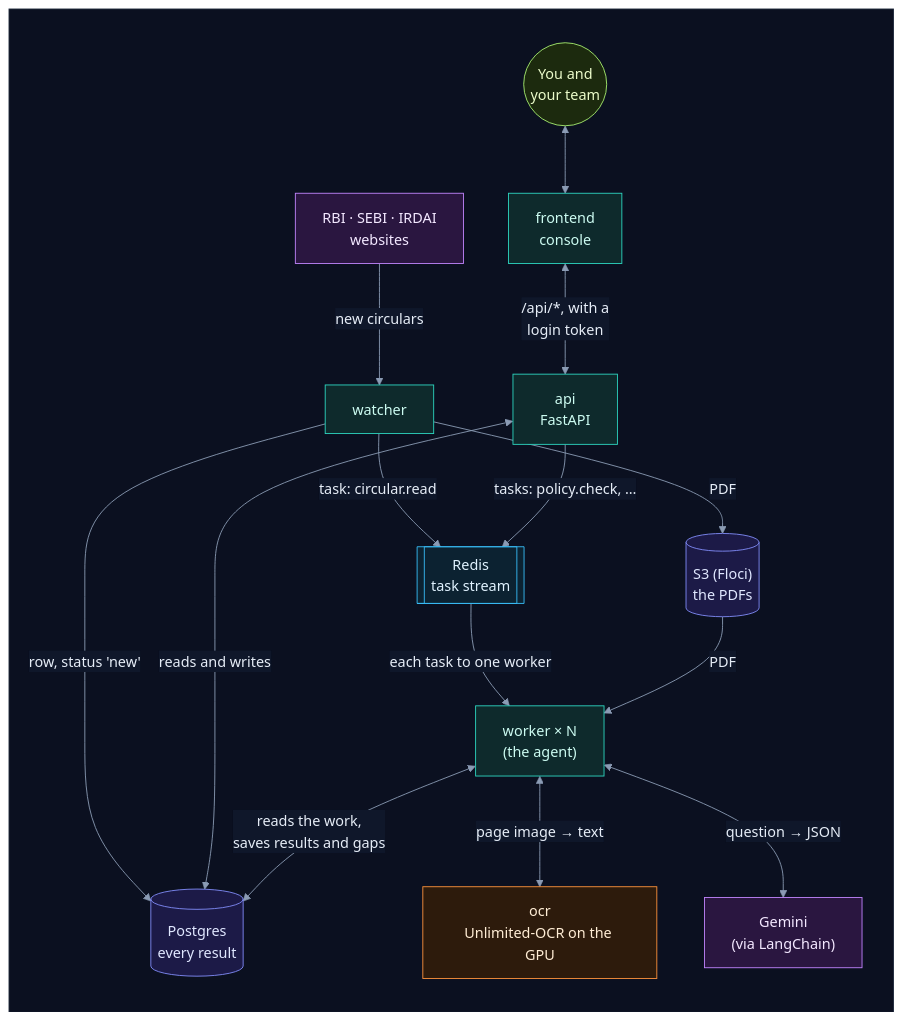
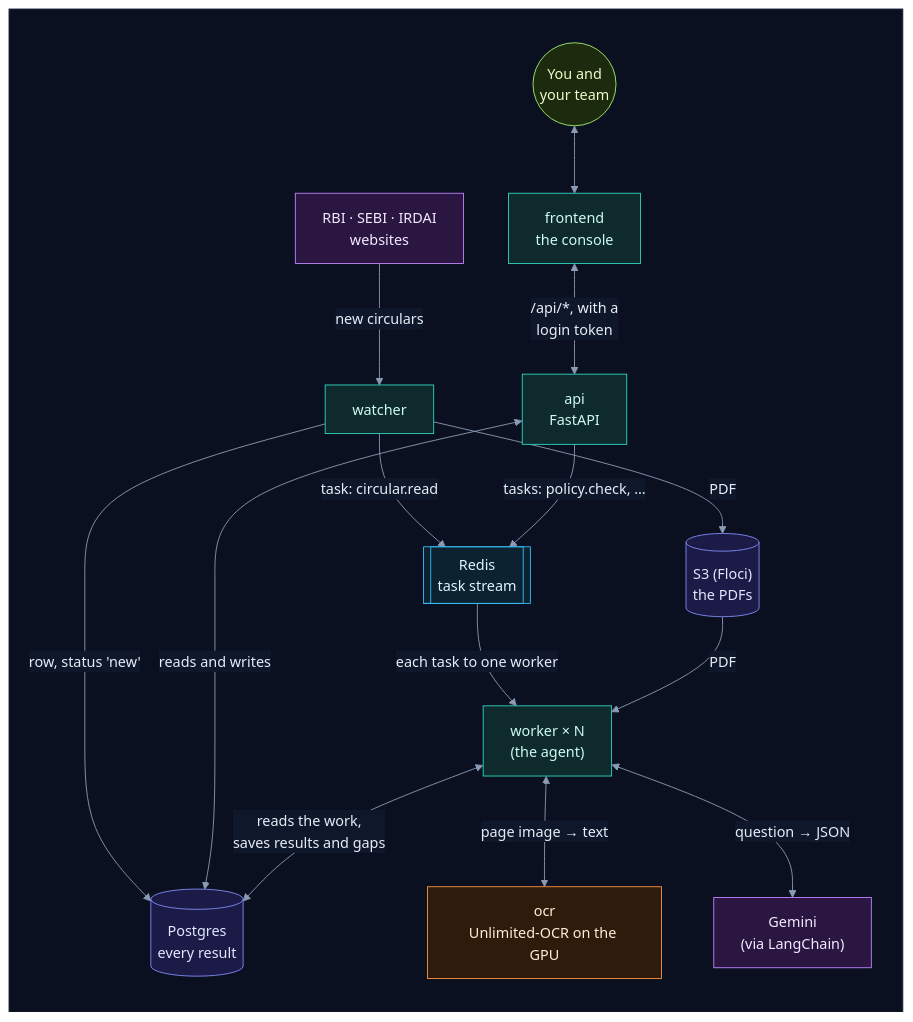
One commit to selvakumarperumal/Regulatory_Circular_Impact_Agent changed the third of 52 diagrams in how_it_works.md. Above: the diagram before and after it, drawn with Mermaid. The commit also changed other lines of this file and 3 other files, not shown here.

First line of the commit message:
Rewrite how_it_works.md in plain words, a diagram per step

````diff
--- a/how_it_works.md
+++ b/how_it_works.md
@@ -73,37 +184,37 @@
 ```mermaid
 %%{init: {"theme": "base", "flowchart": {"diagramPadding": 0}, "themeVariables": {"darkMode": true, "primaryColor": "#16213a", "primaryTextColor": "#e6edf7", "primaryBorderColor": "#475a7a", "lineColor": "#8b9bb4", "secondaryColor": "#1b2436", "tertiaryColor": "#101a2e", "edgeLabelBackground": "#0f172a", "textColor": "#e2e8f0", "clusterBkg": "#0f1728", "clusterBorder": "#2b3a55", "titleColor": "#c4b5fd", "nodeTextColor": "#e6edf7"}}}%%
 flowchart TD
     subgraph canvas[" "]
         direction TB
-        sites["RBI · SEBI · IRDAI<br/>websites"] -->|new circulars| W["watcher"]
-        U(("You and<br/>your team")) <--> F["frontend<br/>console"]
+        sites["RBI · SEBI · IRDAI<br/>websites"] -->|"new circulars"| W["watcher"]
+        U(("You and<br/>your team")) <--> F["frontend<br/>the console"]
         F <-->|"/api/*, with a<br/>login token"| A["api<br/>FastAPI"]
         W -->|"PDF"| S3[("S3 (Floci)<br/>the PDFs")]
         W -->|"row, status 'new'"| DB[("Postgres<br/>every result")]
         A <-->|"reads and writes"| DB
         W -->|"task: circular.read"| Q[["Redis<br/>task stream"]]
         A -->|"tasks: policy.check, …"| Q
         Q -->|"each task to one worker"| K["worker × N<br/>(the agent)"]
         K <-->|"reads the work,<br/>saves results and gaps"| DB
         S3 -->|PDF| K
         K <-->|"page image → text"| O["ocr<br/>Unlimited-OCR on the GPU"]
         K <-->|"question → JSON"| G["Gemini<br/>(via LangChain)"]
     end
     classDef svc fill:#0e2a2c,stroke:#2dd4bf,color:#ccfbf1
     classDef data fill:#1c1a47,stroke:#818cf8,color:#e0e7ff
     classDef ext fill:#2a1640,stroke:#c084fc,color:#f3e8ff
     classDef gpu fill:#2d1b0c,stroke:#fb923c,color:#ffedd5
     classDef ask fill:#2a2410,stroke:#fbbf24,color:#fef3c7
     classDef ok fill:#0b2a1c,stroke:#34d399,color:#d1fae5
     classDef bad fill:#2e0f17,stroke:#fb7185,color:#ffe4e6
     classDef start fill:#1c2a0e,stroke:#a7ef6f,color:#ecfccb
     classDef muted fill:#1a2130,stroke:#64748b,color:#cbd5e1
     classDef queue fill:#0c2231,stroke:#38bdf8,color:#e0f2fe
     class W,K,A,F svc
     class S3,DB data
     class Q queue
     class sites,G ext
     class O gpu
     class U start
     style canvas fill:#0b1020,stroke:#1e293b,color:#0b1020
 ```
````
